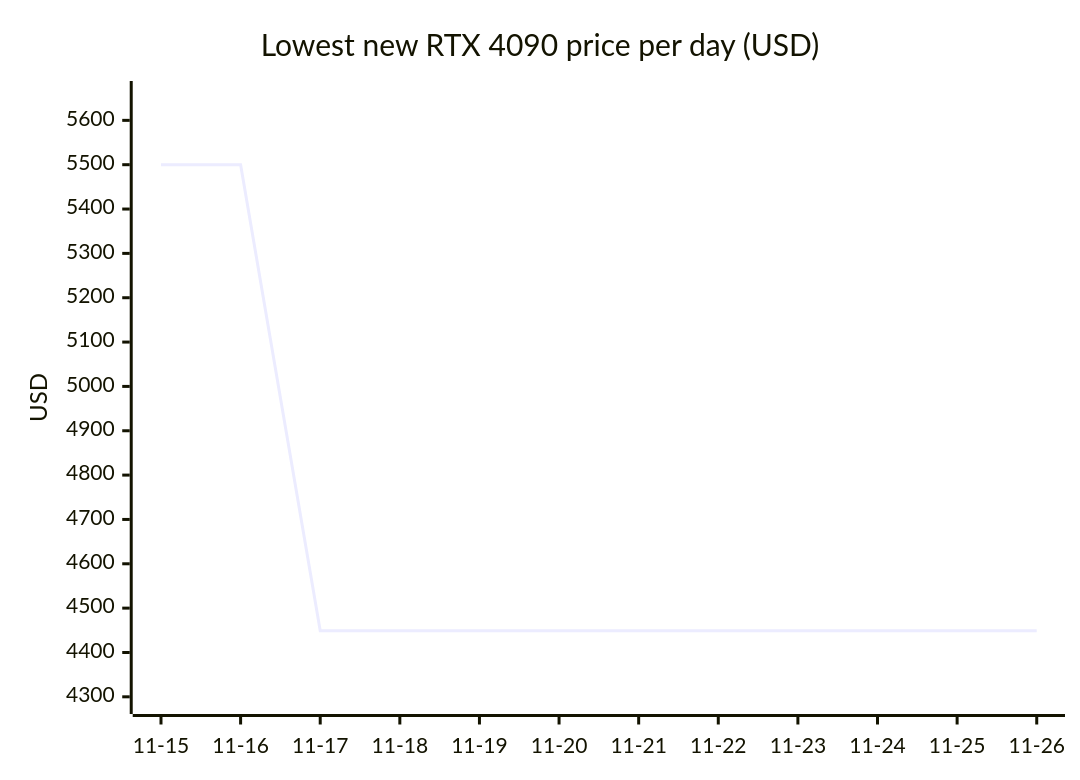
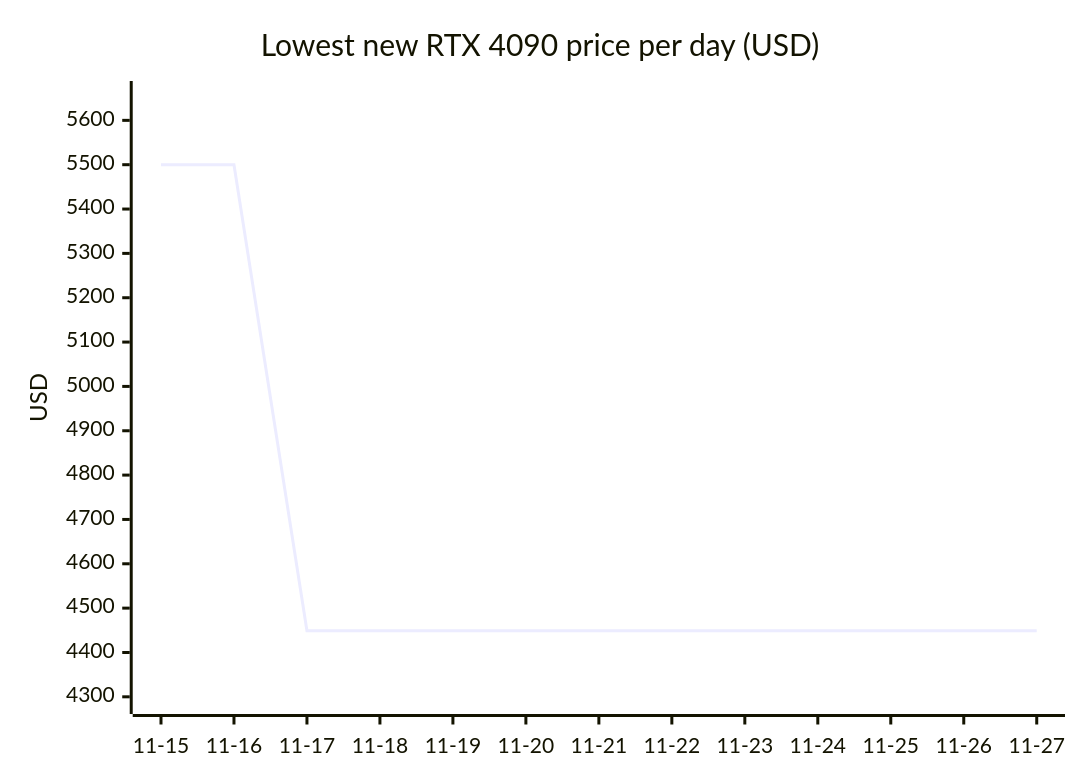
The seventh of 18 diagrams in README.md (7324136828/4tb_ssd_price_watch), drawn with Mermaid before and after one commit. The commit also changed other lines of this file, not shown here.

````diff
--- a/README.md
+++ b/README.md
@@ -986,7 +1014,7 @@
 ```mermaid
 xychart-beta
     title "Lowest new RTX 4090 price per day (USD)"
-    x-axis ["11-15", "11-16", "11-17", "11-18", "11-19", "11-20", "11-21", "11-22", "11-23", "11-24", "11-25", "11-26"]
+    x-axis ["11-15", "11-16", "11-17", "11-18", "11-19", "11-20", "11-21", "11-22", "11-23", "11-24", "11-25", "11-26", "11-27"]
     y-axis "USD" 4290 --> 5660
-    line [5500.00, 5500.00, 4449.00, 4449.00, 4449.00, 4449.00, 4449.00, 4449.00, 4449.00, 4449.00, 4449.00, 4449.00]
+    line [5500.00, 5500.00, 4449.00, 4449.00, 4449.00, 4449.00, 4449.00, 4449.00, 4449.00, 4449.00, 4449.00, 4449.00, 4449.00]
 ```
````
